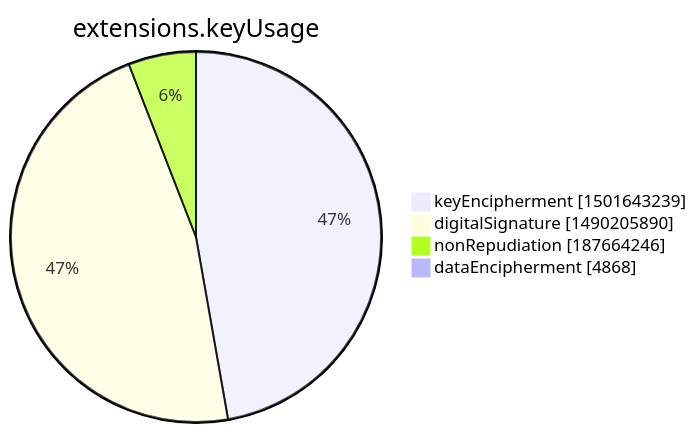
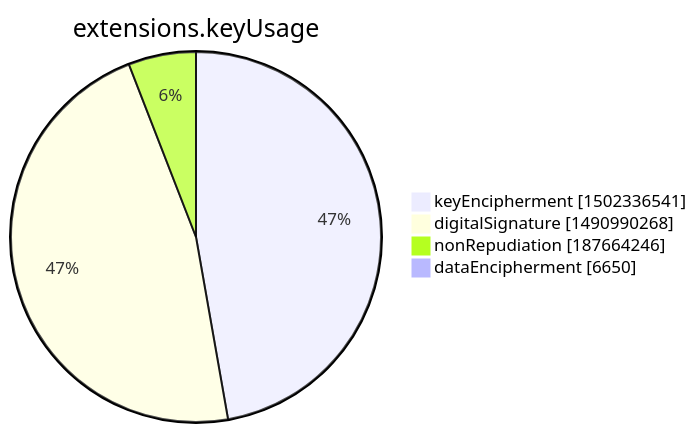
One commit to christiankrug/ctmonitor_visualization changed the seventh of 15 diagrams in xenon2022/README.md. Above: the diagram before and after it, drawn with Mermaid. The commit also changed other lines of this file, not shown here.

````diff
--- a/xenon2022/README.md
+++ b/xenon2022/README.md
@@ -2844,8 +2844,8 @@
 ```mermaid
 pie showData
 title extensions.keyUsage
-"keyEncipherment" :1501643239
-"digitalSignature" :1490205890
+"keyEncipherment" :1502336541
+"digitalSignature" :1490990268
 "nonRepudiation" :187664246
-"dataEncipherment" :4868
+"dataEncipherment" :6650
 ```
````
